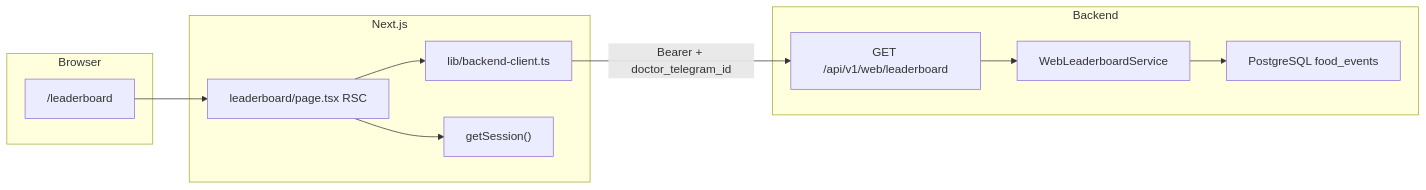
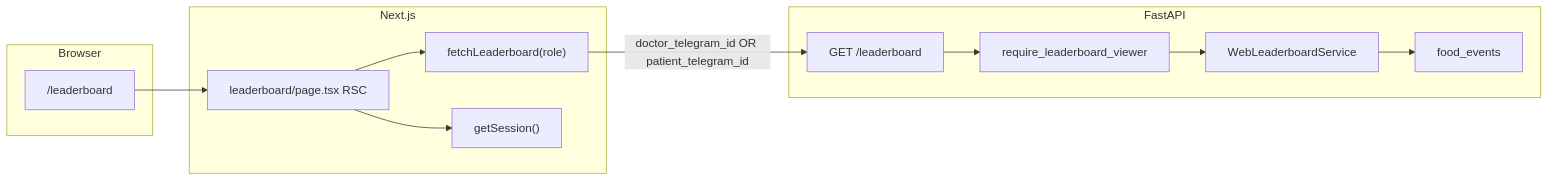
One commit to zatulik2606/diaai changed the diagram in docs/tasks/impl/frontend/iteration-4-leaderboard/plan.md. Above: the diagram before and after it, drawn with Mermaid. The commit also changed other lines of this file and 50 other files, not shown here.

````diff
--- a/docs/tasks/impl/frontend/iteration-4-leaderboard/plan.md
+++ b/docs/tasks/impl/frontend/iteration-4-leaderboard/plan.md
@@ -48,22 +48,24 @@
 ```mermaid
 flowchart LR
   subgraph browser [Browser]
     LB["/leaderboard"]
   end
   subgraph next [Next.js]
     Page["leaderboard/page.tsx RSC"]
-    Client["lib/backend-client.ts"]
+    Client["fetchLeaderboard(role)"]
     Session["getSession()"]
   end
-  subgraph backend [Backend]
-    API["GET /api/v1/web/leaderboard"]
+  subgraph backend [FastAPI]
+    API["GET /leaderboard"]
+    Auth["require_leaderboard_viewer"]
     Svc["WebLeaderboardService"]
-    PG["PostgreSQL food_events"]
+    PG["food_events"]
   end
   LB --> Page
   Page --> Session
   Page --> Client
-  Client -->|"Bearer + doctor_telegram_id"| API
-  API --> Svc
+  Client -->|"doctor_telegram_id OR patient_telegram_id"| API
+  API --> Auth
+  Auth --> Svc
   Svc --> PG
 ```
````
